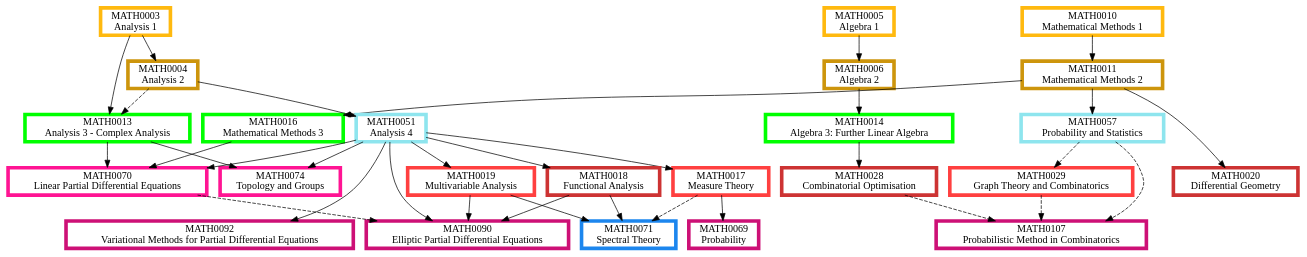
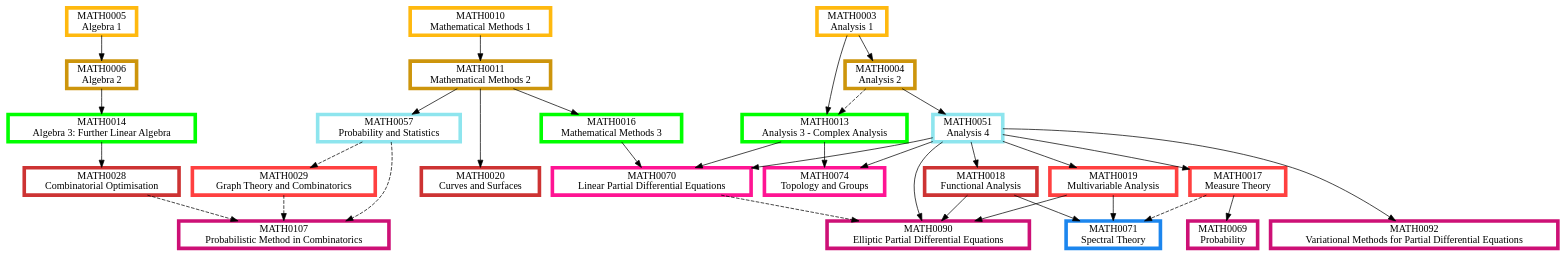
The diagram in Analysis.dot (matthew-towers/pathways), drawn with Graphviz before and after one commit. The commit also changed 12 other files, not shown here.

```diff
--- a/Analysis.dot
+++ b/Analysis.dot
@@ -1,110 +1,110 @@
 digraph {
 	node [fillcolor=white penwidth=5 shape=box style="filled,bold"]
 	subgraph "1.0 1" {
 		rank=same
+		MATH0010 [label="MATH0010
+Mathematical Methods 1" color=darkgoldenrod1 href="https://www.ucl.ac.uk/mathematical-physical-sciences/sites/mathematical_physical_sciences/files/math0010.pdf" tooltip="Year 1, term 1"]
+		MATH0003 [label="MATH0003
+Analysis 1" color=darkgoldenrod1 href="https://www.ucl.ac.uk/mathematical-physical-sciences/sites/mathematical_physical_sciences/files/math0003.pdf" tooltip="Year 1, term 1"]
 		MATH0005 [label="MATH0005
-Algebra 1" color=darkgoldenrod1 href="https://www.ucl.ac.uk/maths/sites/maths/files/math0005.pdf" tooltip="Year 1, term 1"]
-		MATH0003 [label="MATH0003
-Analysis 1" color=darkgoldenrod1 href="https://www.ucl.ac.uk/maths/sites/maths/files/math0003.pdf" tooltip="Year 1, term 1"]
-		MATH0010 [label="MATH0010
-Mathematical Methods 1" color=darkgoldenrod1 href="https://www.ucl.ac.uk/maths/sites/maths/files/math0010.pdf" tooltip="Year 1, term 1"]
+Algebra 1" color=darkgoldenrod1 href="https://www.ucl.ac.uk/mathematical-physical-sciences/sites/mathematical_physical_sciences/files/math0005.pdf" tooltip="Year 1, term 1"]
 	}
 	MATH0010 -> MATH0011 [tooltip="required prerequisite"]
+	MATH0003 -> MATH0004 [tooltip="required prerequisite"]
 	MATH0005 -> MATH0006 [tooltip="required prerequisite"]
-	MATH0003 -> MATH0004 [tooltip="required prerequisite"]
 	subgraph "1.0 2" {
 		rank=same
 		MATH0011 [label="MATH0011
-Mathematical Methods 2" color=darkgoldenrod3 href="https://www.ucl.ac.uk/maths/sites/maths/files/math0011_2.pdf" tooltip="Year 1, term 2"]
+Mathematical Methods 2" color=darkgoldenrod3 href="https://www.ucl.ac.uk/mathematical-physical-sciences/sites/mathematical_physical_sciences/files/math0011_2.pdf" tooltip="Year 1, term 2"]
+		MATH0004 [label="MATH0004
+Analysis 2" color=darkgoldenrod3 href="https://www.ucl.ac.uk/mathematical-physical-sciences/sites/mathematical_physical_sciences/files/math0004.pdf" tooltip="Year 1, term 2"]
 		MATH0006 [label="MATH0006
-Algebra 2" color=darkgoldenrod3 href="https://www.ucl.ac.uk/maths/sites/maths/files/math0006.pdf" tooltip="Year 1, term 2"]
-		MATH0004 [label="MATH0004
-Analysis 2" color=darkgoldenrod3 href="https://www.ucl.ac.uk/maths/sites/maths/files/math0004.pdf" tooltip="Year 1, term 2"]
+Algebra 2" color=darkgoldenrod3 href="https://www.ucl.ac.uk/mathematical-physical-sciences/sites/mathematical_physical_sciences/files/math0006.pdf" tooltip="Year 1, term 2"]
 	}
-	MATH0011 -> MATH0016 [tooltip="required prerequisite"]
 	MATH0003 -> MATH0013 [tooltip="required prerequisite"]
 	MATH0004 -> MATH0013 [style=dashed tooltip="recommended prerequisite"]
+	MATH0011 -> MATH0016 [tooltip="required prerequisite"]
 	MATH0006 -> MATH0014 [tooltip="required prerequisite"]
-	subgraph "2 1" {
+	subgraph "2.0 1" {
 		rank=same
+		MATH0013 [label="MATH0013
+Analysis 3 - Complex Analysis" color=green1 href="https://www.ucl.ac.uk/mathematical-physical-sciences/sites/mathematical_physical_sciences/files/math0013.pdf" tooltip="Year 2, term 1"]
 		MATH0016 [label="MATH0016
-Mathematical Methods 3" color=green1 href="https://www.ucl.ac.uk/maths/sites/maths/files/math0016.pdf" tooltip="Year 2, term 1"]
-		MATH0013 [label="MATH0013
-Analysis 3 - Complex Analysis" color=green1 href="https://www.ucl.ac.uk/maths/sites/maths/files/math0013.pdf" tooltip="Year 2, term 1"]
+Mathematical Methods 3" color=green1 href="https://www.ucl.ac.uk/mathematical-physical-sciences/sites/mathematical_physical_sciences/files/math0016.pdf" tooltip="Year 2, term 1"]
 		MATH0014 [label="MATH0014
-Algebra 3: Further Linear Algebra" color=green1 href="https://www.ucl.ac.uk/maths/sites/maths/files/math0014.pdf" tooltip="Year 2, term 1"]
+Algebra 3: Further Linear Algebra" color=green1 href="https://www.ucl.ac.uk/mathematical-physical-sciences/sites/mathematical_physical_sciences/files/math0014.pdf" tooltip="Year 2, term 1"]
 	}
 	MATH0011 -> MATH0057 [tooltip="required prerequisite"]
 	MATH0004 -> MATH0051 [tooltip="required prerequisite"]
 	subgraph "2.5 2" {
 		rank=same
 		MATH0057 [label="MATH0057
-Probability and Statistics" color=cadetblue2 href="https://www.ucl.ac.uk/maths/sites/maths/files/math0057.pdf" tooltip="Year 2 or 3, term 2"]
+Probability and Statistics" color=cadetblue2 href="https://www.ucl.ac.uk/mathematical-physical-sciences/sites/mathematical_physical_sciences/files/math0057.pdf" tooltip="Year 2 or 3, term 2"]
 		MATH0051 [label="MATH0051
-Analysis 4" color=cadetblue2 href="https://www.ucl.ac.uk/maths/sites/maths/files/math0051.pdf" tooltip="Year 2 or 3, term 2"]
+Analysis 4" color=cadetblue2 href="https://www.ucl.ac.uk/mathematical-physical-sciences/sites/mathematical_physical_sciences/files/math0051.pdf" tooltip="Year 2 or 3, term 2"]
 	}
-	MATH0051 -> MATH0017 [tooltip="required prerequisite"]
 	MATH0051 -> MATH0019 [tooltip="required prerequisite"]
 	MATH0057 -> MATH0029 [style=dashed tooltip="recommended prerequisite"]
+	MATH0051 -> MATH0017 [tooltip="required prerequisite"]
 	subgraph "3.0 1" {
 		rank=same
+		MATH0019 [label="MATH0019
+Multivariable Analysis" color=brown1 href="https://www.ucl.ac.uk/mathematical-physical-sciences/sites/mathematical_physical_sciences/files/math0019.pdf" tooltip="Year 3, term 1"]
+		MATH0029 [label="MATH0029
+Graph Theory and Combinatorics" color=brown1 href="https://www.ucl.ac.uk/mathematical-physical-sciences/sites/mathematical_physical_sciences/files/math0029.pdf" tooltip="Year 3, term 1"]
 		MATH0017 [label="MATH0017
-Measure Theory" color=brown1 href="https://www.ucl.ac.uk/maths/sites/maths/files/math0017.pdf" tooltip="Year 3, term 1"]
-		MATH0019 [label="MATH0019
-Multivariable Analysis" color=brown1 href="https://www.ucl.ac.uk/maths/sites/maths/files/math0019.pdf" tooltip="Year 3, term 1"]
-		MATH0029 [label="MATH0029
-Graph Theory and Combinatorics" color=brown1 href="https://www.ucl.ac.uk/maths/sites/maths/files/math0029.pdf" tooltip="Year 3, term 1"]
+Measure Theory" color=brown1 href="https://www.ucl.ac.uk/mathematical-physical-sciences/sites/mathematical_physical_sciences/files/math0017.pdf" tooltip="Year 3, term 1"]
 	}
-	MATH0051 -> MATH0018 [tooltip="required prerequisite"]
 	MATH0011 -> MATH0020 [tooltip="required prerequisite"]
 	MATH0014 -> MATH0028 [tooltip="required prerequisite"]
+	MATH0051 -> MATH0018 [tooltip="required prerequisite"]
 	subgraph "3.0 2" {
 		rank=same
+		MATH0020 [label="MATH0020
+Curves and Surfaces" color=brown3 href="https://www.ucl.ac.uk/mathematical-physical-sciences/sites/mathematical_physical_sciences/files/math0020.pdf" tooltip="Year 3, term 2"]
+		MATH0028 [label="MATH0028
+Combinatorial Optimisation" color=brown3 href="https://www.ucl.ac.uk/mathematical-physical-sciences/sites/mathematical_physical_sciences/files/math0028.pdf" tooltip="Year 3, term 2"]
 		MATH0018 [label="MATH0018
-Functional Analysis" color=brown3 href="https://www.ucl.ac.uk/maths/sites/maths/files/math0018.pdf" tooltip="Year 3, term 2"]
-		MATH0020 [label="MATH0020
-Differential Geometry" color=brown3 href="https://www.ucl.ac.uk/maths/sites/maths/files/math0020.pdf" tooltip="Year 3, term 2"]
-		MATH0028 [label="MATH0028
-Combinatorial Optimisation" color=brown3 href="https://www.ucl.ac.uk/maths/sites/maths/files/math0028.pdf" tooltip="Year 3, term 2"]
+Functional Analysis" color=brown3 href="https://www.ucl.ac.uk/mathematical-physical-sciences/sites/mathematical_physical_sciences/files/math0018.pdf" tooltip="Year 3, term 2"]
 	}
-	MATH0013 -> MATH0074 [tooltip="required prerequisite"]
-	MATH0051 -> MATH0074 [tooltip="required prerequisite"]
 	MATH0013 -> MATH0070 [tooltip="required prerequisite"]
 	MATH0016 -> MATH0070 [tooltip="required prerequisite"]
 	MATH0051 -> MATH0070 [tooltip="required prerequisite"]
+	MATH0013 -> MATH0074 [tooltip="required prerequisite"]
+	MATH0051 -> MATH0074 [tooltip="required prerequisite"]
 	subgraph "3.5 1" {
 		rank=same
+		MATH0070 [label="MATH0070
+Linear Partial Differential Equations" color=deeppink1 href="https://www.ucl.ac.uk/mathematical-physical-sciences/sites/mathematical_physical_sciences/files/math0070.pdf" tooltip="Year 3 or 4, term 1"]
 		MATH0074 [label="MATH0074
-Topology and Groups" color=deeppink1 href="https://www.ucl.ac.uk/maths/sites/maths/files/math0074.pdf" tooltip="Year 3 or 4, term 1"]
-		MATH0070 [label="MATH0070
-Linear Partial Differential Equations" color=deeppink1 href="https://www.ucl.ac.uk/maths/sites/maths/files/math0070.pdf" tooltip="Year 3 or 4, term 1"]
+Topology and Groups" color=deeppink1 href="https://www.ucl.ac.uk/mathematical-physical-sciences/sites/mathematical_physical_sciences/files/math0074.pdf" tooltip="Year 3 or 4, term 1"]
 	}
-	MATH0029 -> MATH0107 [style=dashed tooltip="recommended prerequisite"]
-	MATH0028 -> MATH0107 [style=dashed tooltip="recommended prerequisite"]
-	MATH0057 -> MATH0107 [style=dashed tooltip="recommended prerequisite"]
 	MATH0017 -> MATH0069 [tooltip="required prerequisite"]
 	MATH0070 -> MATH0090 [style=dashed tooltip="recommended prerequisite"]
 	MATH0051 -> MATH0090 [tooltip="required prerequisite"]
 	MATH0018 -> MATH0090 [tooltip="required prerequisite"]
 	MATH0019 -> MATH0090 [tooltip="required prerequisite"]
 	MATH0051 -> MATH0092 [tooltip="required prerequisite"]
+	MATH0029 -> MATH0107 [style=dashed tooltip="recommended prerequisite"]
+	MATH0028 -> MATH0107 [style=dashed tooltip="recommended prerequisite"]
+	MATH0057 -> MATH0107 [style=dashed tooltip="recommended prerequisite"]
 	subgraph "3.5 2" {
 		rank=same
+		MATH0069 [label="MATH0069
+Probability" color=deeppink3 href="https://www.ucl.ac.uk/mathematical-physical-sciences/sites/mathematical_physical_sciences/files/math0069.pdf" tooltip="Year 3 or 4, term 2"]
+		MATH0090 [label="MATH0090
+Elliptic Partial Differential Equations" color=deeppink3 href="https://www.ucl.ac.uk/mathematical-physical-sciences/sites/mathematical_physical_sciences/files/math0090.pdf" tooltip="Year 3 or 4, term 2"]
+		MATH0092 [label="MATH0092
+Variational Methods for Partial Differential Equations" color=deeppink3 href="https://www.ucl.ac.uk/mathematical-physical-sciences/sites/mathematical_physical_sciences/files/math0092.pdf" tooltip="Year 3 or 4, term 2"]
 		MATH0107 [label="MATH0107
-Probabilistic Method in Combinatorics" color=deeppink3 href="https://www.ucl.ac.uk/maths/sites/maths/files/math0107_1.pdf" tooltip="Year 3 or 4, term 2"]
-		MATH0069 [label="MATH0069
-Probability" color=deeppink3 href="https://www.ucl.ac.uk/maths/sites/maths/files/math0069.pdf" tooltip="Year 3 or 4, term 2"]
-		MATH0090 [label="MATH0090
-Elliptic Partial Differential Equations" color=deeppink3 href="https://www.ucl.ac.uk/maths/sites/maths/files/math0090.pdf" tooltip="Year 3 or 4, term 2"]
-		MATH0092 [label="MATH0092
-Variational Methods for Partial Differential Equations" color=deeppink3 href="https://www.ucl.ac.uk/maths/sites/maths/files/math0092.pdf" tooltip="Year 3 or 4, term 2"]
+Probabilistic Method in Combinatorics" color=deeppink3 href="https://www.ucl.ac.uk/mathematical-physical-sciences/sites/mathematical_physical_sciences/files/math0107_1.pdf" tooltip="Year 3 or 4, term 2"]
 	}
 	MATH0018 -> MATH0071 [tooltip="required prerequisite"]
 	MATH0019 -> MATH0071 [tooltip="required prerequisite"]
 	MATH0017 -> MATH0071 [style=dashed tooltip="recommended prerequisite"]
 	subgraph "4.0 1" {
 		rank=same
 		MATH0071 [label="MATH0071
-Spectral Theory" color=dodgerblue2 href="https://www.ucl.ac.uk/maths/sites/maths/files/math0071.pdf" tooltip="Year 4, term 1"]
+Spectral Theory" color=dodgerblue2 href="https://www.ucl.ac.uk/mathematical-physical-sciences/sites/mathematical_physical_sciences/files/math0071.pdf" tooltip="Year 4, term 1"]
 	}
 }
```
